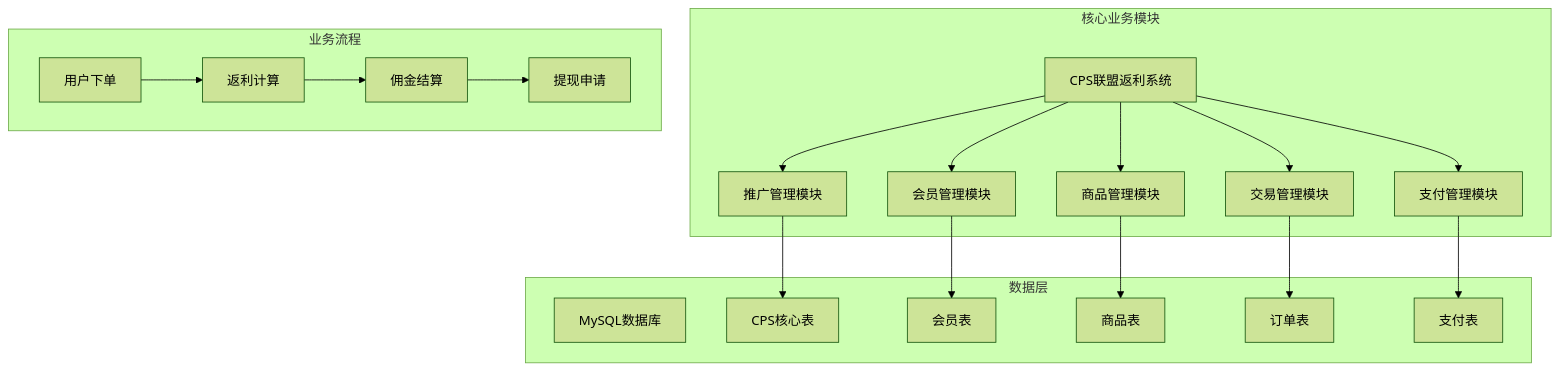
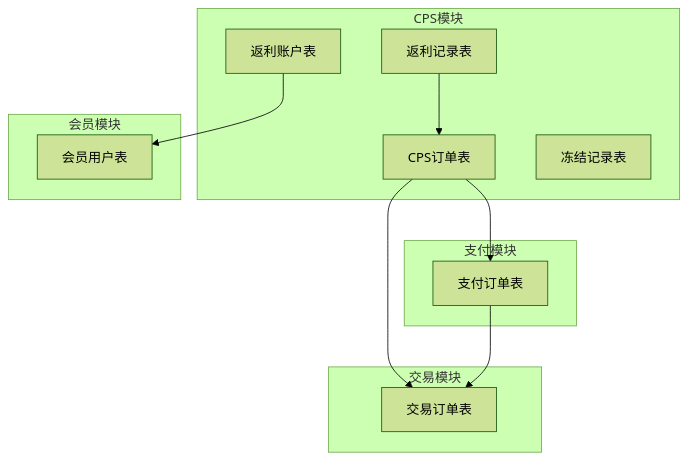
One commit to zhuangpengLI/AgenticCPS changed the first of 6 diagrams in .qoder/repowiki/zh/content/数据库设计/核心业务表设计/核心业务表设计.md. Above: the diagram before and after it, drawn with Mermaid (forest theme). The commit also changed other lines of this file and 293 other files, not shown here.

````diff
--- a/.qoder/repowiki/zh/content/数据库设计/核心业务表设计/核心业务表设计.md
+++ b/.qoder/repowiki/zh/content/数据库设计/核心业务表设计/核心业务表设计.md
@@ -34,38 +32,23 @@
 ```mermaid
 graph TB
-subgraph "核心业务模块"
-A[CPS联盟返利系统]
-B[会员管理模块]
-C[商品管理模块]
-D[交易管理模块]
-E[支付管理模块]
-F[推广管理模块]
+subgraph "CPS模块"
+CPS_Order[CPS订单表]
+CPS_Rebate_Record[返利记录表]
+CPS_Rebate_Account[返利账户表]
+CPS_Freeze_Record[冻结记录表]
 end
-subgraph "数据层"
-G[MySQL数据库]
-H[CPS核心表]
-I[会员表]
-J[商品表]
-K[订单表]
-L[支付表]
+subgraph "支付模块"
+Pay_Order[支付订单表]
 end
-subgraph "业务流程"
-M[用户下单]
-N[返利计算]
-O[佣金结算]
-P[提现申请]
+subgraph "交易模块"
+Trade_Order[交易订单表]
 end
-A --> B
-A --> C
-A --> D
-A --> E
-A --> F
-B --> I
-C --> J
-D --> K
-E --> L
-F --> H
-M --> N
-N --> O
-O --> P
+subgraph "会员模块"
+Member_User[会员用户表]
+end
+CPS_Order --> Pay_Order
+CPS_Order --> Trade_Order
+CPS_Rebate_Record --> CPS_Order
+CPS_Rebate_Account --> Member_User
+Pay_Order --> Trade_Order
 ```
````
